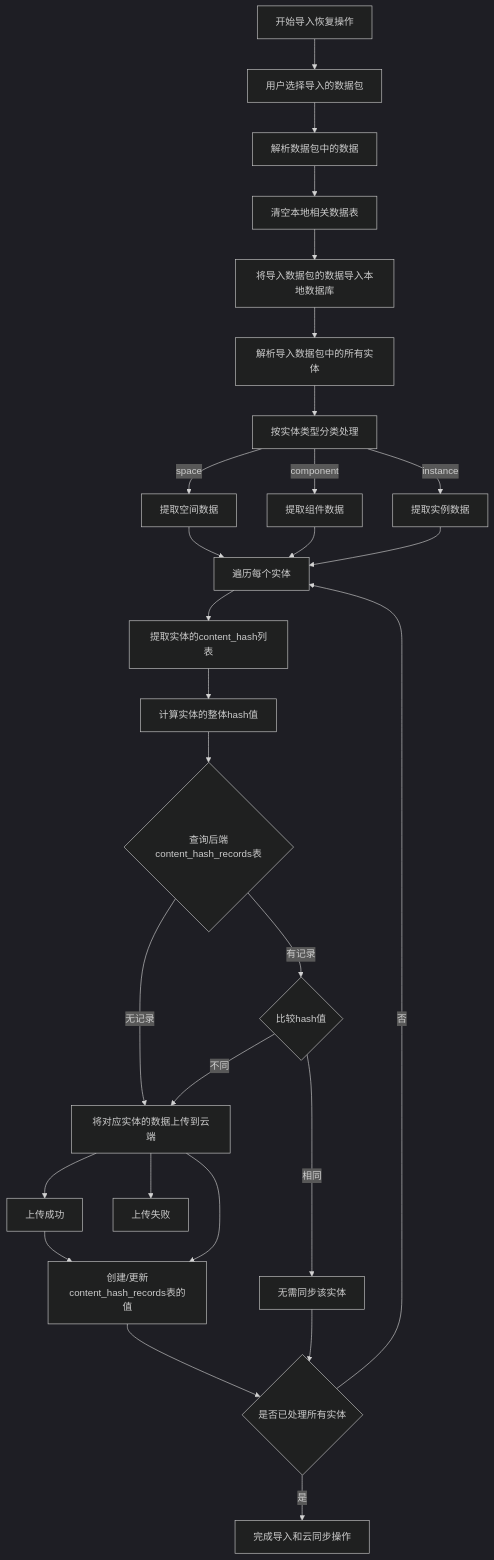
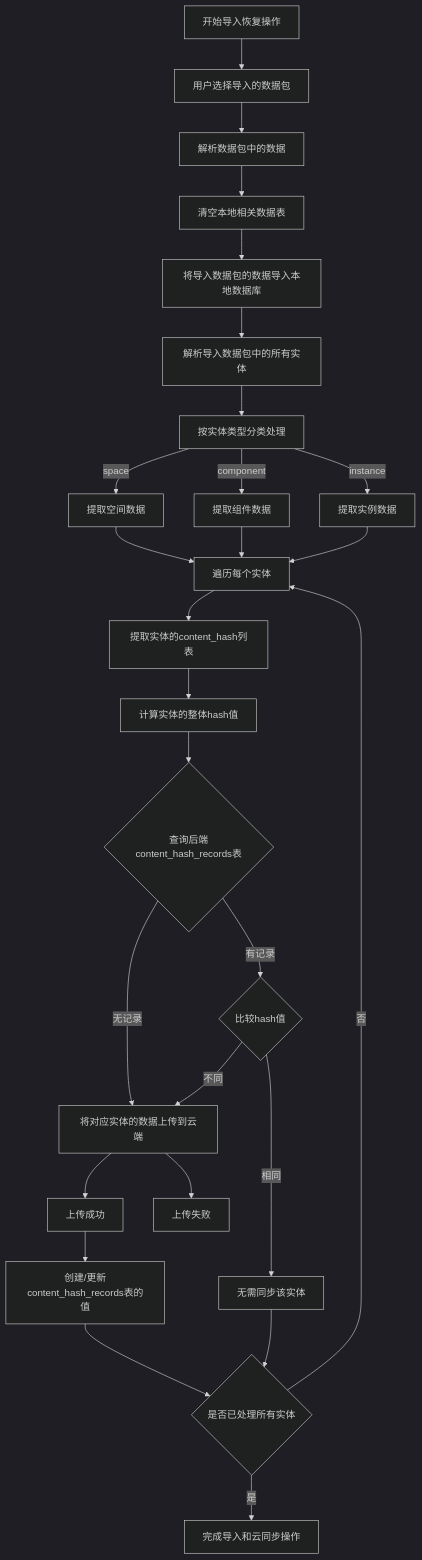
The diagram in all/未命名-44.md (yingjianzh/iodraw-files), drawn with Mermaid (dark theme) before and after one commit.

Commit message:
2025-04-27 11:58:25 update

````diff
--- a/all/未命名-44.md
+++ b/all/未命名-44.md
@@ -1,42 +1,42 @@
 ```mermaid
 flowchart TD
     A[开始导入恢复操作] --> B[用户选择导入的数据包]
     B --> C[解析数据包中的数据]
     
     C --> D[清空本地相关数据表]
     D --> E[将导入数据包的数据导入本地数据库]
     
     E --> F[解析导入数据包中的所有实体]
     F --> G[按实体类型分类处理]
     
     G -->|space| H1[提取空间数据]
     G -->|component| H2[提取组件数据]
     G -->|instance| H3[提取实例数据]
     
     H1 --> I[遍历每个实体]
     H2 --> I
     H3 --> I
     
     I --> J[提取实体的content_hash列表]
     J --> K[计算实体的整体hash值]
     
     K --> L{查询后端content_hash_records表}
     L -->|无记录| M1[将对应实体的数据上传到云端]
     M1 --> N1[上传成功]
     M1 --> N2[上传失败]
     
-    N1 --> M4
+    N1 --> M4[创建/更新content_hash_records表的值]
 
     L -->|有记录| M2{比较hash值}
     M2 -->|不同| M1
 
     M2 -->|相同| M3[无需同步该实体]
     
-    M1 --> M4[创建/更新content_hash_records表的值]
+
     
     M3 --> S{是否已处理所有实体}
     M4 --> S{是否已处理所有实体}
     
     S -->|否| I
     S -->|是| T[完成导入和云同步操作]
 ```
````
